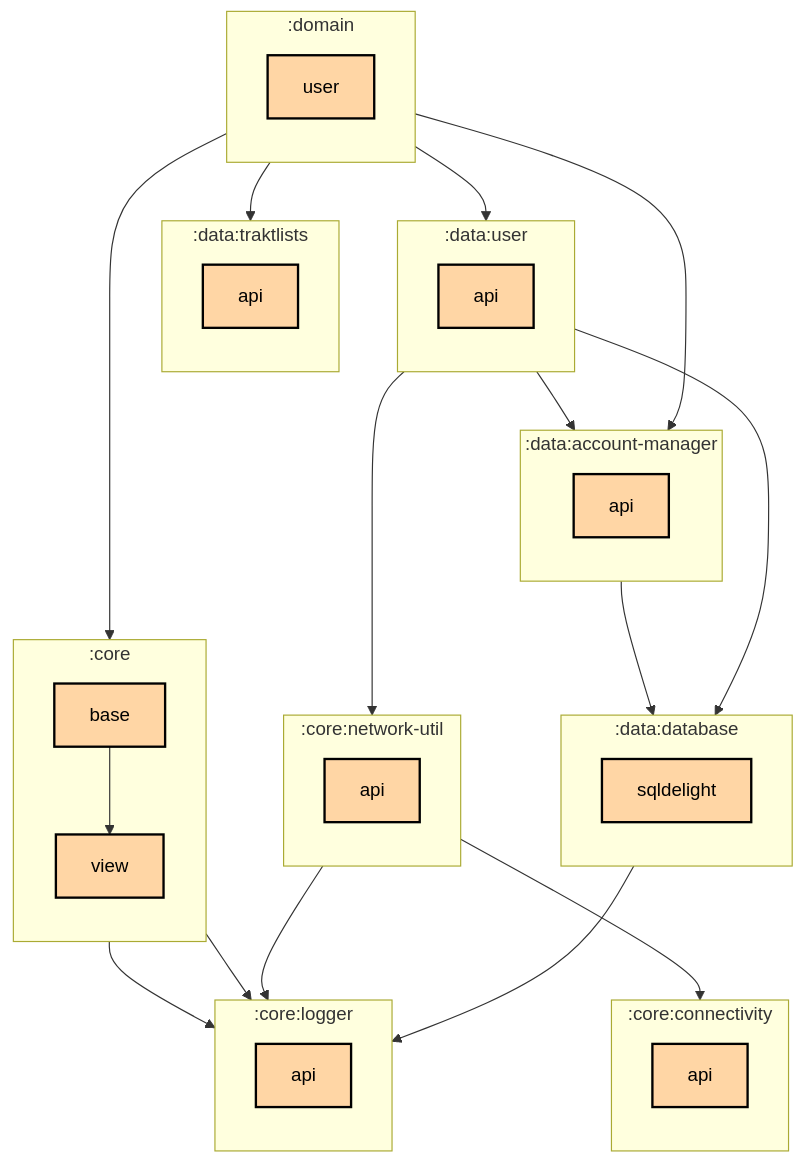
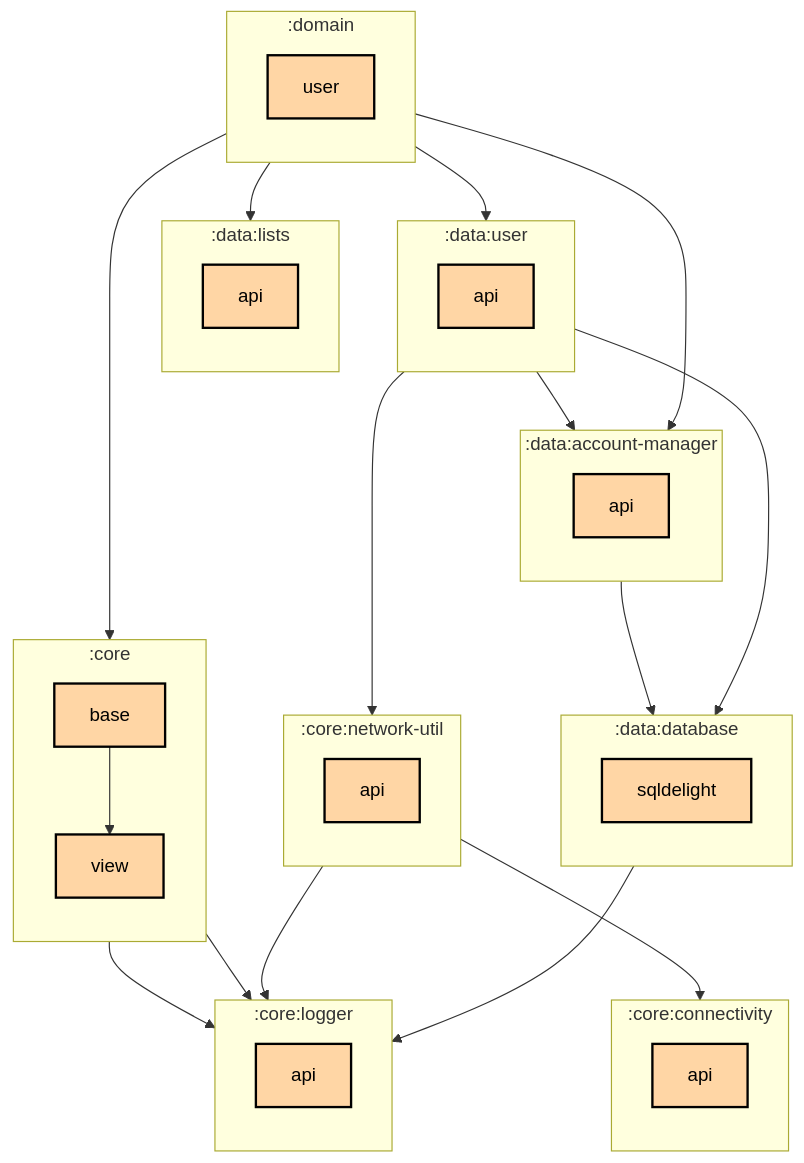
The first of 2 diagrams in domain/user/README.md (thomaskioko/tv-maniac), drawn with Mermaid before and after one commit. The commit also changed 120 other files, not shown here.

````diff
--- a/domain/user/README.md
+++ b/domain/user/README.md
@@ -6,61 +6,61 @@
 ```mermaid
 graph TB
   subgraph :core
     direction TB
     :core:base[base]:::multiplatform
     :core:view[view]:::multiplatform
   end
   subgraph :core:connectivity
     direction TB
     :core:connectivity:api[api]:::multiplatform
   end
   subgraph :core:logger
     direction TB
     :core:logger:api[api]:::multiplatform
   end
   subgraph :core:network-util
     direction TB
     :core:network-util:api[api]:::multiplatform
   end
   subgraph :data:account-manager
     direction TB
     :data:account-manager:api[api]:::multiplatform
   end
   subgraph :data:database
     direction TB
     :data:database:sqldelight[sqldelight]:::multiplatform
   end
-  subgraph :data:traktlists
+  subgraph :data:lists
     direction TB
-    :data:traktlists:api[api]:::multiplatform
+    :data:lists:api[api]:::multiplatform
   end
   subgraph :data:user
     direction TB
     :data:user:api[api]:::multiplatform
   end
   subgraph :domain
     direction TB
     :domain:user[user]:::multiplatform
   end
 
   :core:base --> :core:logger:api
   :core:base --> :core:view
   :core:network-util:api --> :core:connectivity:api
   :core:network-util:api --> :core:logger:api
   :core:view --> :core:logger:api
   :data:account-manager:api --> :data:database:sqldelight
   :data:database:sqldelight --> :core:logger:api
   :data:user:api --> :core:network-util:api
   :data:user:api --> :data:account-manager:api
   :data:user:api --> :data:database:sqldelight
   :domain:user --> :core:base
   :domain:user --> :data:account-manager:api
-  :domain:user --> :data:traktlists:api
+  :domain:user --> :data:lists:api
   :domain:user --> :data:user:api
 
 classDef application fill:#CAFFBF,stroke:#000,stroke-width:2px,color:#000;
 classDef multiplatform fill:#FFD6A5,stroke:#000,stroke-width:2px,color:#000;
 classDef android-library fill:#9BF6FF,stroke:#000,stroke-width:2px,color:#000;
 classDef jvm-library fill:#BDB2FF,stroke:#000,stroke-width:2px,color:#000;
 classDef unknown fill:#FFADAD,stroke:#000,stroke-width:2px,color:#000;
 ```
````
